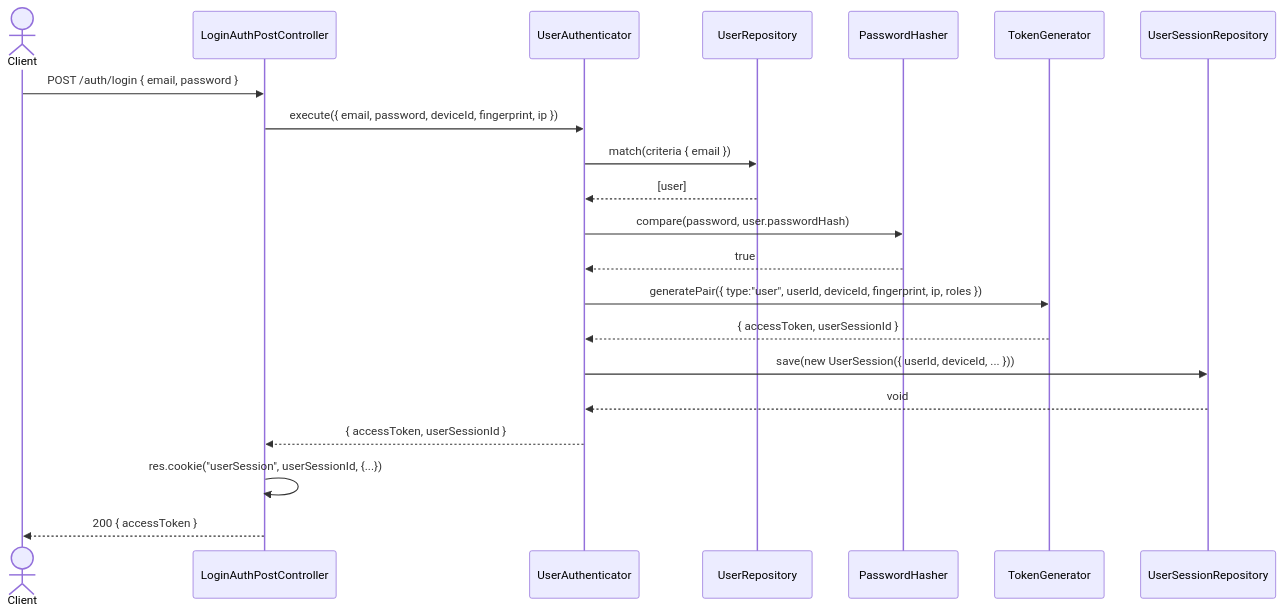
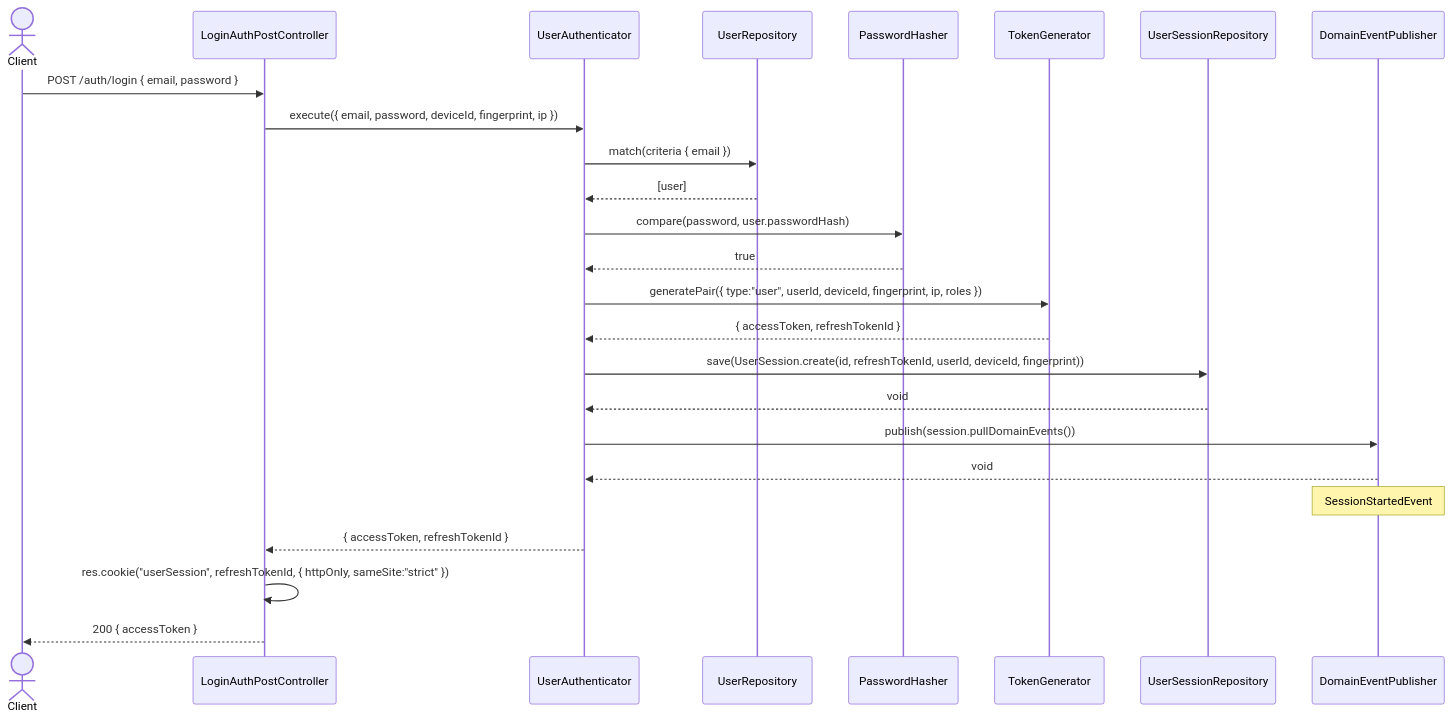
One commit to AbrahamVilchesDeLaCruz/ididntcatchthat changed the first of 2 diagrams in docs/apps/api/identity/login/sequence.md. Above: the diagram before and after it, drawn with Mermaid. The commit also changed 17 other files, not shown here.

````diff
--- a/docs/apps/api/identity/login/sequence.md
+++ b/docs/apps/api/identity/login/sequence.md
@@ -7,29 +7,34 @@
 ```mermaid
 sequenceDiagram
     actor Client
     participant C as LoginAuthPostController
     participant UC as UserAuthenticator
     participant UREPO as UserRepository
     participant PH as PasswordHasher
     participant TG as TokenGenerator
     participant RTREPO as UserSessionRepository
+    participant EP as DomainEventPublisher
 
     Client->>C: POST /auth/login { email, password }
     C->>UC: execute({ email, password, deviceId, fingerprint, ip })
 
     UC->>UREPO: match(criteria { email })
     UREPO-->>UC: [user]
 
     UC->>PH: compare(password, user.passwordHash)
     PH-->>UC: true
 
     UC->>TG: generatePair({ type:"user", userId, deviceId, fingerprint, ip, roles })
-    TG-->>UC: { accessToken, userSessionId }
+    TG-->>UC: { accessToken, refreshTokenId }
 
-    UC->>RTREPO: save(new UserSession({ userId, deviceId, ... }))
+    UC->>RTREPO: save(UserSession.create(id, refreshTokenId, userId, deviceId, fingerprint))
     RTREPO-->>UC: void
 
-    UC-->>C: { accessToken, userSessionId }
-    C->>C: res.cookie("userSession", userSessionId, {...})
+    UC->>EP: publish(session.pullDomainEvents())
+    EP-->>UC: void
+    Note over EP: SessionStartedEvent
+
+    UC-->>C: { accessToken, refreshTokenId }
+    C->>C: res.cookie("userSession", refreshTokenId, { httpOnly, sameSite:"strict" })
     C-->>Client: 200 { accessToken }
 ```
````
